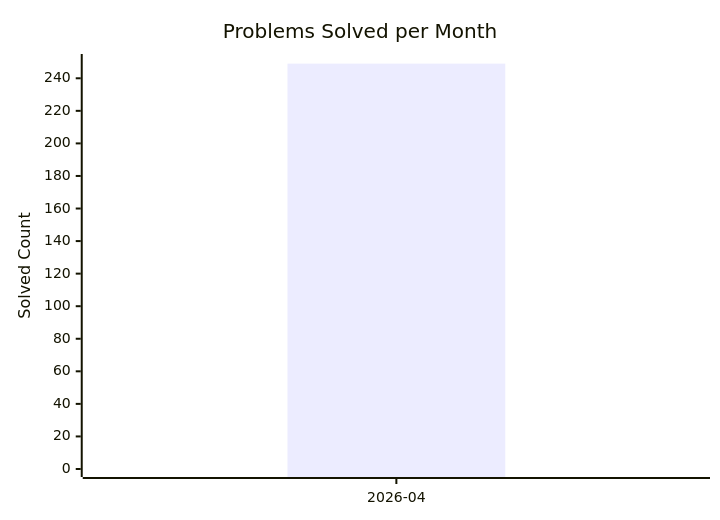
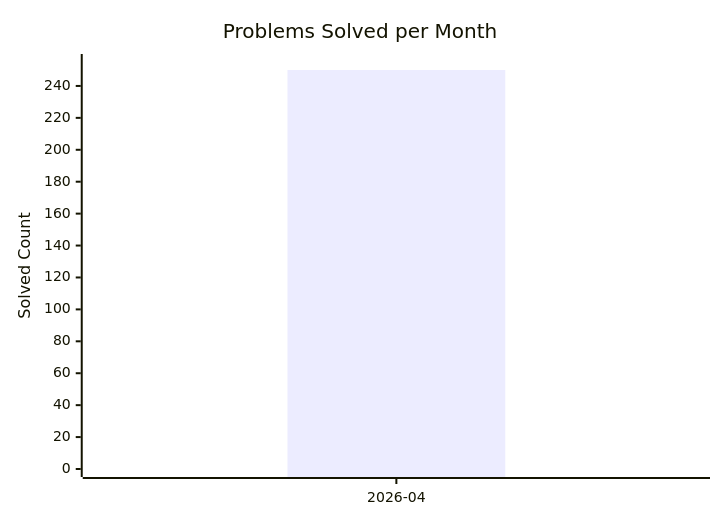
The diagram in dashboard.md (AdityaPandey-DEV/CP-Progress-Sync), drawn with Mermaid before and after one commit. The commit also changed other lines of this file, not shown here.

Commit message:
Auto-update CP dashboard [skip ci]

````diff
--- a/dashboard.md
+++ b/dashboard.md
@@ -8,8 +8,8 @@
 ```mermaid
 xychart-beta
     title "Problems Solved per Month"
     x-axis ["2026-04"]
-    y-axis "Solved Count" 0 --> 250
-    bar [249]
-    line [249]
+    y-axis "Solved Count" 0 --> 255
+    bar [250]
+    line [250]
 ```
````
